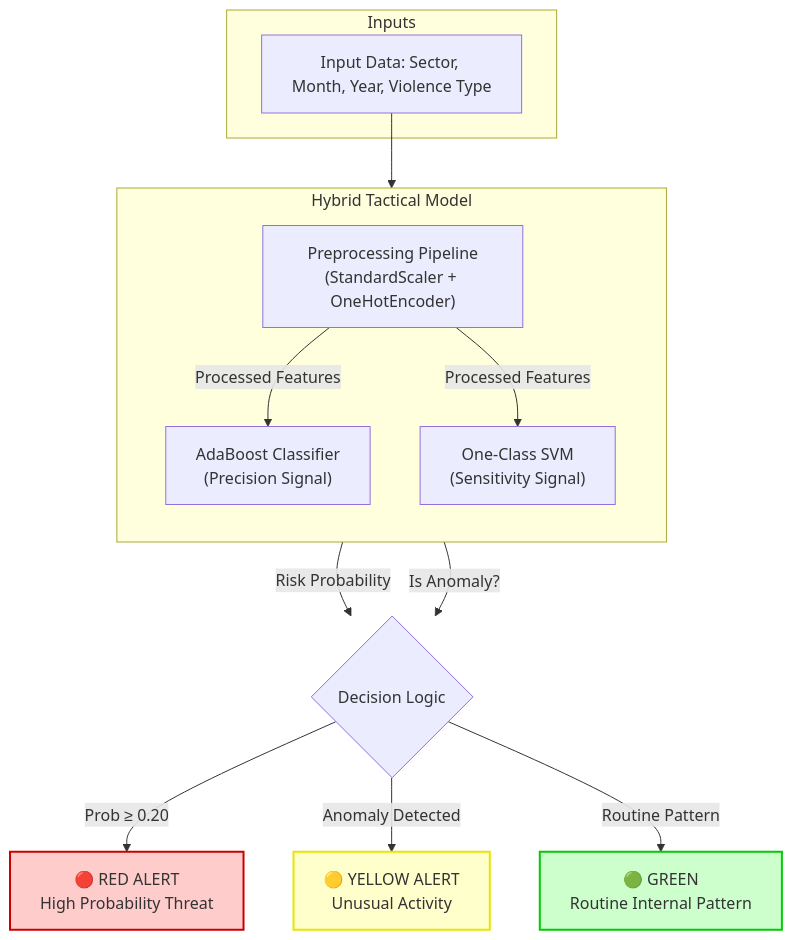
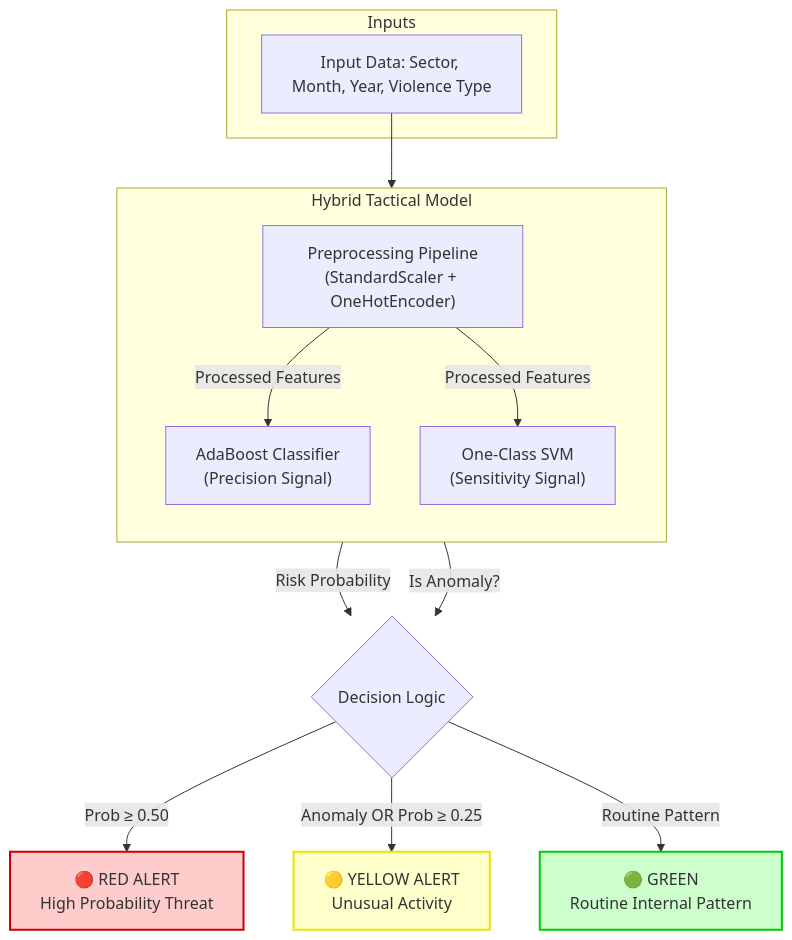
Before and after one commit to MushfiqPlabon/ucdp_border_crossing_ml: the diagram in README.md, drawn with Mermaid. The commit also changed other lines of this file and 2 other files, not shown here.

Commit message:
Readjusted threat threshold

````diff
--- a/README.md
+++ b/README.md
@@ -14,25 +14,25 @@
 ```mermaid
 graph TD
     subgraph Inputs
         I["Input Data: Sector, Month, Year, Violence Type"]
     end
 
     I --> P["Preprocessing Pipeline<br/>(StandardScaler + OneHotEncoder)"]
     
     subgraph Hybrid_Tactical_Model [Hybrid Tactical Model]
         direction TB
         P -->|Processed Features| Ada["AdaBoost Classifier<br/>(Precision Signal)"]
         P -->|Processed Features| SVM["One-Class SVM<br/>(Sensitivity Signal)"]
     end
     
     Ada -->|Risk Probability| D{Decision Logic}
     SVM -->|Is Anomaly?| D
     
-    D -->|Prob ≥ 0.20| Red["🔴 RED ALERT<br/>High Probability Threat"]
-    D -->|Anomaly Detected| Yellow["🟡 YELLOW ALERT<br/>Unusual Activity"]
+    D -->|Prob ≥ 0.50| Red["🔴 RED ALERT<br/>High Probability Threat"]
+    D -->|Anomaly OR Prob ≥ 0.25| Yellow["🟡 YELLOW ALERT<br/>Unusual Activity"]
     D -->|Routine Pattern| Green["🟢 GREEN<br/>Routine Internal Pattern"]
     
     style Red fill:#ffcccc,stroke:#cc0000,stroke-width:2px
     style Yellow fill:#ffffcc,stroke:#e6e600,stroke-width:2px
     style Green fill:#ccffcc,stroke:#00cc00,stroke-width:2px
 ```
````
